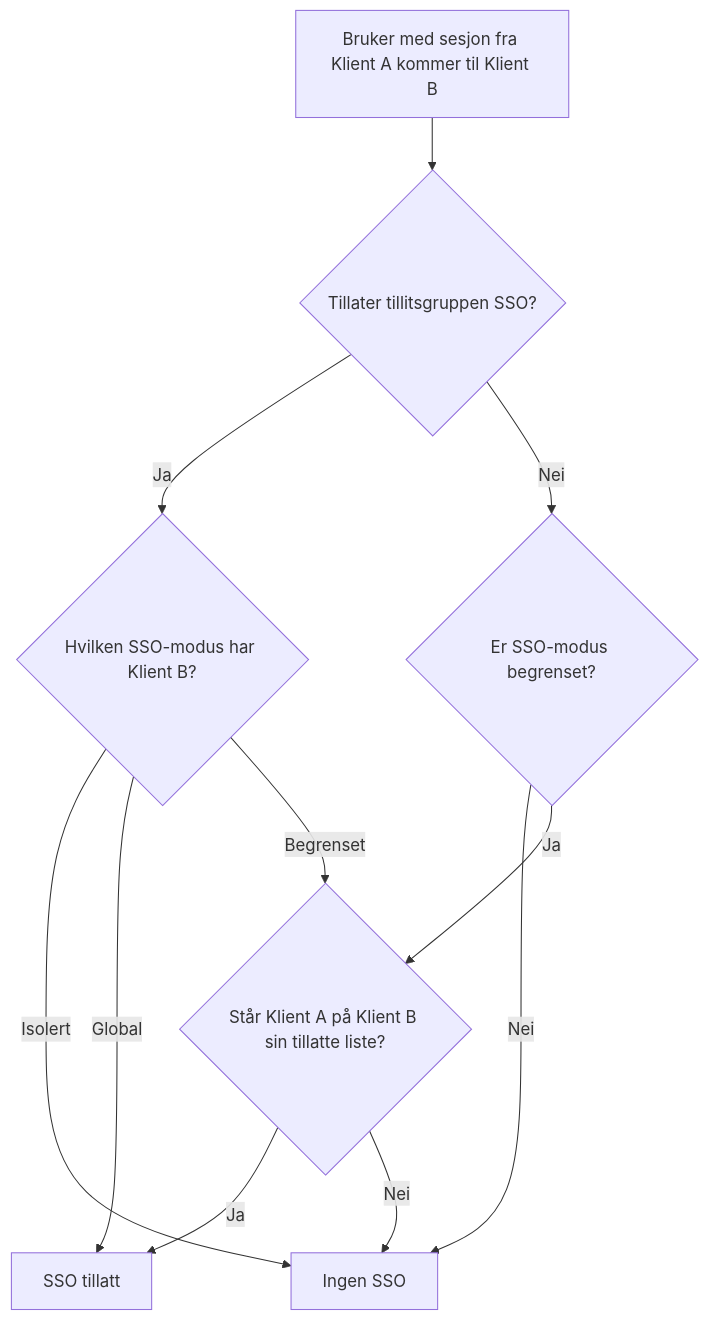
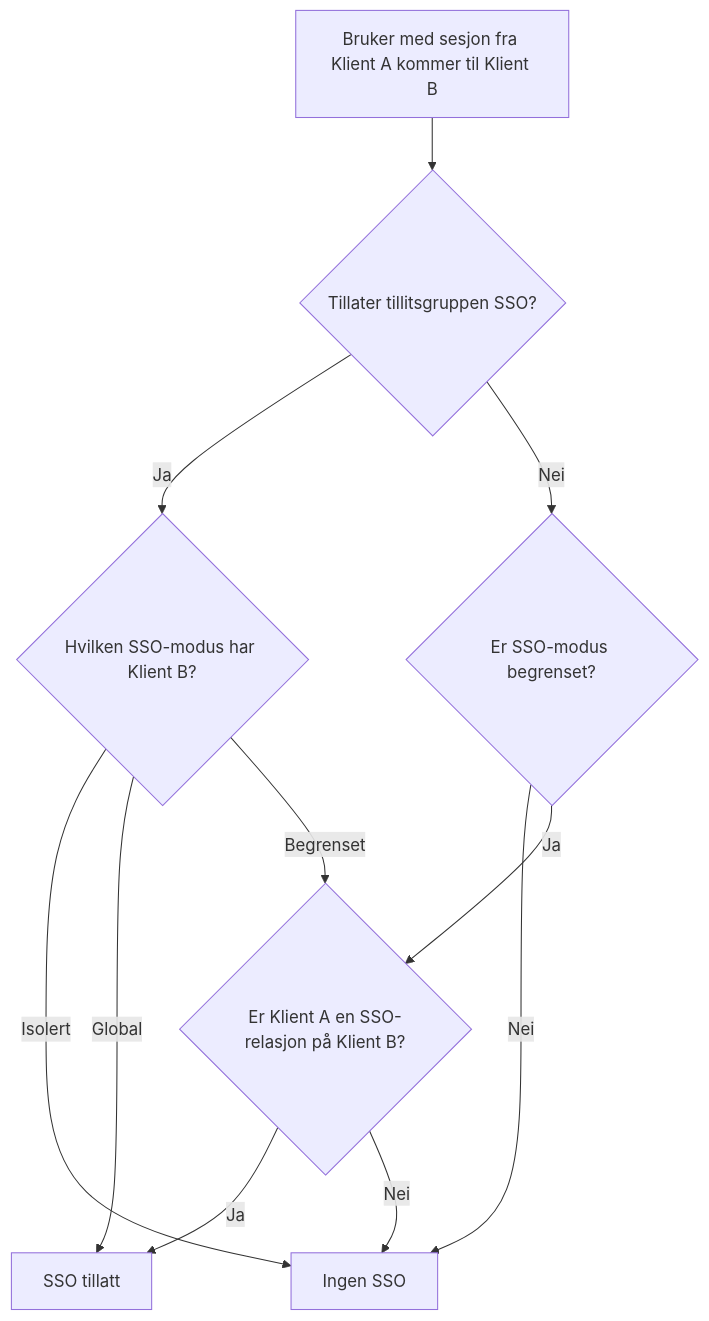
One commit to felleslosninger/docs changed the second of 5 diagrams in _docs/idporten/oidc/oidc_sso_grupper.md. Above: the diagram before and after it, drawn with Mermaid. The commit also changed other lines of this file, not shown here.

Commit message:
Refine terminology and clarify SSO relationship descriptions in documentation

```diff
--- a/_docs/idporten/oidc/oidc_sso_grupper.md
+++ b/_docs/idporten/oidc/oidc_sso_grupper.md
@@ -90,13 +90,13 @@
 <div class="mermaid">
 graph TD
     A[Bruker med sesjon fra Klient A kommer til Klient B] --> B{Tillater tillitsgruppen SSO?}
     B -- Ja --> C{Hvilken SSO-modus har Klient B?}
     C -- Isolert --> X[Ingen SSO]
     C -- Global --> D[SSO tillatt]
-    C -- Begrenset --> E{Står Klient A på Klient B sin tillatte liste?}
+    C -- Begrenset --> E{Er Klient A en SSO-relasjon på Klient B?}
     E -- Ja --> D
     E -- Nei --> X
     B -- Nei --> F{Er SSO-modus begrenset?}
     F -- Nei --> X
-    F -- Ja --> E{Står Klient A på Klient B sin tillatte liste?}
+    F -- Ja --> E{Er Klient A en SSO-relasjon på Klient B?}
 </div>
```
